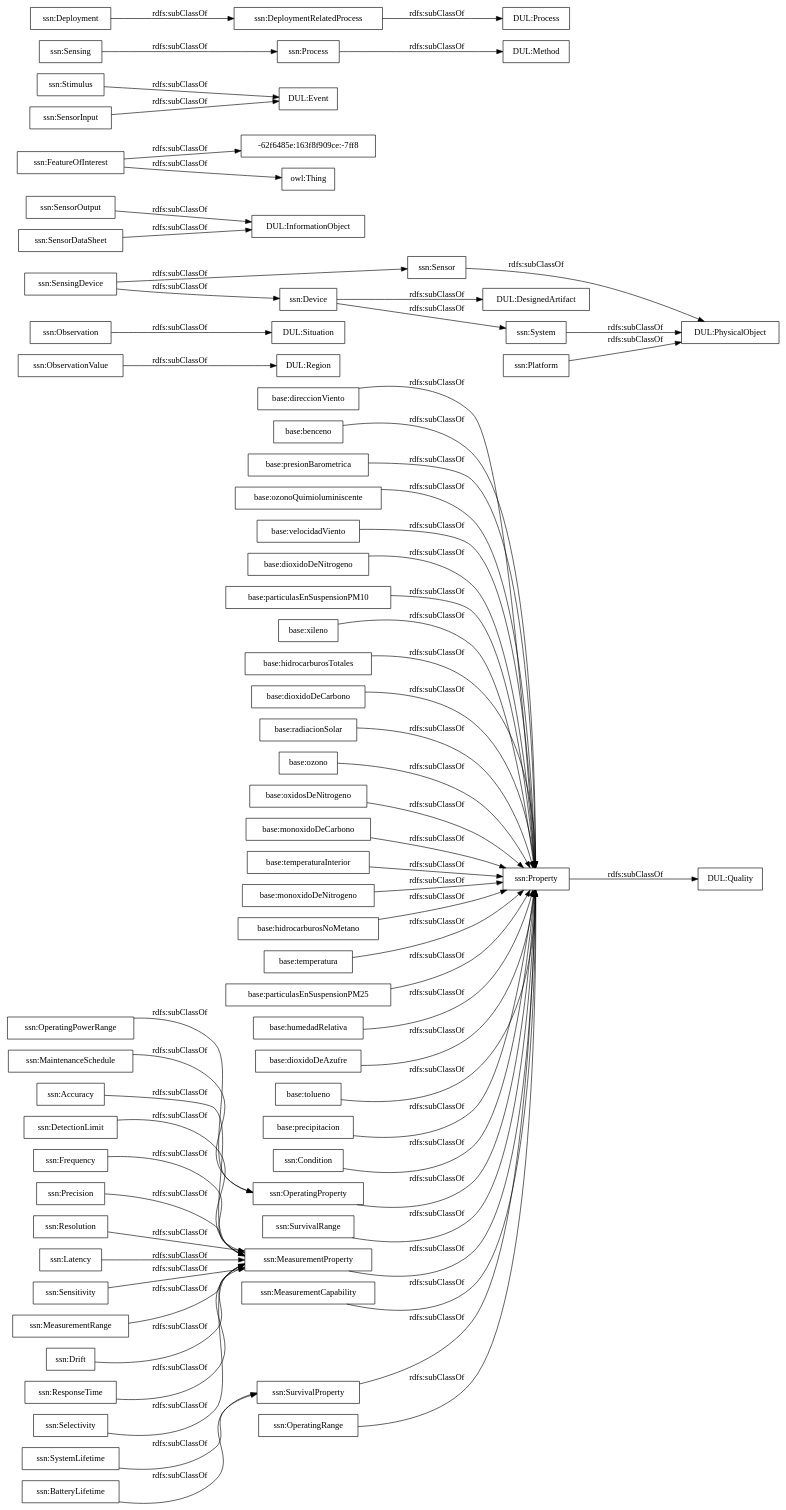
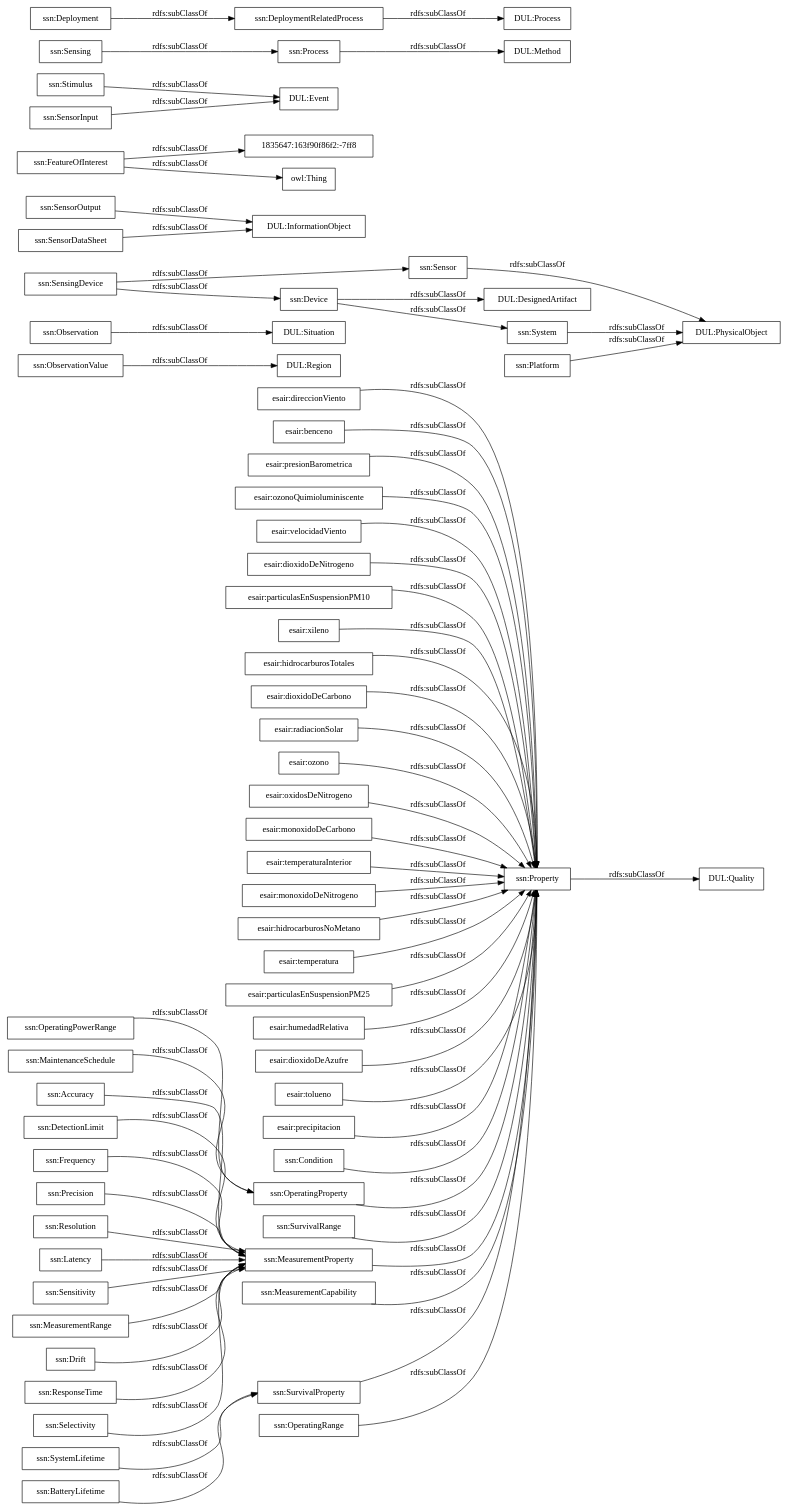
Before and after one commit to ma-garcia/medio-ambiente-calidad-aire: the diagram in OnToology/calidad-aire.owl/diagrams/ar2dtool-taxonomy/calidad-aire.owl.png.dot, drawn with Graphviz. The commit also changed 5 other files, not shown here.

```diff
--- a/OnToology/calidad-aire.owl/diagrams/ar2dtool-taxonomy/calidad-aire.owl.png.dot
+++ b/OnToology/calidad-aire.owl/diagrams/ar2dtool-taxonomy/calidad-aire.owl.png.dot
@@ -1,71 +1,71 @@
 digraph ar2dtool_diagram { 
 rankdir=LR;
 size="1000"
-node [shape = rectangle, color="black"]; "base:direccionViento" "base:benceno" "base:presionBarometrica" "base:ozonoQuimioluminiscente" "base:velocidadViento" "base:dioxidoDeNitrogeno" "base:particulasEnSuspensionPM10" "base:xileno" "base:hidrocarburosTotales" "base:dioxidoDeCarbono" "base:radiacionSolar" "base:ozono" "base:oxidosDeNitrogeno" "base:monoxidoDeCarbono" "base:temperaturaInterior" "base:monoxidoDeNitrogeno" "base:hidrocarburosNoMetano" "base:temperatura" "base:particulasEnSuspensionPM25" "base:humedadRelativa" "base:dioxidoDeAzufre" "base:tolueno" "base:precipitacion" "ssn:Accuracy" "ssn:DetectionLimit" "ssn:Frequency" "ssn:Condition" "DUL:Region" "DUL:Situation" "DUL:PhysicalObject" "ssn:SensorOutput" "ssn:Precision" "ssn:Resolution" "DUL:Quality" "ssn:FeatureOfInterest" "ssn:Sensor" "DUL:InformationObject" "ssn:OperatingProperty" "DUL:Event" "ssn:OperatingPowerRange" "DUL:Method" "-62f6485e:163f8f909ce:-7ff8" "ssn:MaintenanceSchedule" "ssn:Sensing" "ssn:Latency" "ssn:SurvivalRange" "ssn:SensingDevice" "DUL:DesignedArtifact" "ssn:Sensitivity" "ssn:Stimulus" "DUL:Process" "ssn:MeasurementRange" "ssn:System" "ssn:SystemLifetime" "ssn:Property" "ssn:MeasurementProperty" "ssn:Process" "ssn:Deployment" "ssn:MeasurementCapability" "ssn:BatteryLifetime" "ssn:Drift" "ssn:DeploymentRelatedProcess" "ssn:SensorInput" "ssn:ResponseTime" "ssn:ObservationValue" "ssn:SensorDataSheet" "ssn:Observation" "ssn:Selectivity" "ssn:SurvivalProperty" "ssn:Device" "ssn:OperatingRange" "ssn:Platform" ; /*classes style*/
+node [shape = rectangle, color="black"]; "esair:direccionViento" "esair:benceno" "esair:presionBarometrica" "esair:ozonoQuimioluminiscente" "esair:velocidadViento" "esair:dioxidoDeNitrogeno" "esair:particulasEnSuspensionPM10" "esair:xileno" "esair:hidrocarburosTotales" "esair:dioxidoDeCarbono" "esair:radiacionSolar" "esair:ozono" "esair:oxidosDeNitrogeno" "esair:monoxidoDeCarbono" "esair:temperaturaInterior" "esair:monoxidoDeNitrogeno" "esair:hidrocarburosNoMetano" "esair:temperatura" "esair:particulasEnSuspensionPM25" "esair:humedadRelativa" "esair:dioxidoDeAzufre" "esair:tolueno" "esair:precipitacion" "ssn:Accuracy" "ssn:DetectionLimit" "ssn:Frequency" "ssn:Condition" "DUL:Region" "DUL:Situation" "DUL:PhysicalObject" "ssn:SensorOutput" "ssn:Precision" "ssn:Resolution" "DUL:Quality" "ssn:FeatureOfInterest" "ssn:Sensor" "DUL:InformationObject" "ssn:OperatingProperty" "DUL:Event" "ssn:OperatingPowerRange" "DUL:Method" "ssn:MaintenanceSchedule" "ssn:Sensing" "ssn:Latency" "ssn:SurvivalRange" "ssn:SensingDevice" "DUL:DesignedArtifact" "ssn:Sensitivity" "ssn:Stimulus" "1835647:163f90f86f2:-7ff8" "DUL:Process" "ssn:MeasurementRange" "ssn:System" "ssn:SystemLifetime" "ssn:Property" "ssn:MeasurementProperty" "ssn:Process" "ssn:Deployment" "ssn:MeasurementCapability" "ssn:BatteryLifetime" "ssn:Drift" "ssn:DeploymentRelatedProcess" "ssn:SensorInput" "ssn:ResponseTime" "ssn:ObservationValue" "ssn:SensorDataSheet" "ssn:Observation" "ssn:Selectivity" "ssn:SurvivalProperty" "ssn:Device" "ssn:OperatingRange" "ssn:Platform" ; /*classes style*/
 	"ssn:Deployment" -> "ssn:DeploymentRelatedProcess" [ label = "rdfs:subClassOf" ];
-	"base:temperatura" -> "ssn:Property" [ label = "rdfs:subClassOf" ];
+	"esair:temperatura" -> "ssn:Property" [ label = "rdfs:subClassOf" ];
 	"ssn:SensingDevice" -> "ssn:Sensor" [ label = "rdfs:subClassOf" ];
 	"ssn:SensingDevice" -> "ssn:Device" [ label = "rdfs:subClassOf" ];
 	"ssn:DeploymentRelatedProcess" -> "DUL:Process" [ label = "rdfs:subClassOf" ];
 	"ssn:Accuracy" -> "ssn:MeasurementProperty" [ label = "rdfs:subClassOf" ];
-	"base:particulasEnSuspensionPM10" -> "ssn:Property" [ label = "rdfs:subClassOf" ];
+	"esair:particulasEnSuspensionPM10" -> "ssn:Property" [ label = "rdfs:subClassOf" ];
 	"ssn:FeatureOfInterest" -> "owl:Thing" [ label = "rdfs:subClassOf" ];
-	"ssn:FeatureOfInterest" -> "-62f6485e:163f8f909ce:-7ff8" [ label = "rdfs:subClassOf" ];
+	"ssn:FeatureOfInterest" -> "1835647:163f90f86f2:-7ff8" [ label = "rdfs:subClassOf" ];
 	"ssn:Latency" -> "ssn:MeasurementProperty" [ label = "rdfs:subClassOf" ];
-	"base:monoxidoDeCarbono" -> "ssn:Property" [ label = "rdfs:subClassOf" ];
-	"base:benceno" -> "ssn:Property" [ label = "rdfs:subClassOf" ];
-	"base:xileno" -> "ssn:Property" [ label = "rdfs:subClassOf" ];
+	"esair:monoxidoDeCarbono" -> "ssn:Property" [ label = "rdfs:subClassOf" ];
+	"esair:benceno" -> "ssn:Property" [ label = "rdfs:subClassOf" ];
+	"esair:xileno" -> "ssn:Property" [ label = "rdfs:subClassOf" ];
 	"ssn:Process" -> "DUL:Method" [ label = "rdfs:subClassOf" ];
-	"base:presionBarometrica" -> "ssn:Property" [ label = "rdfs:subClassOf" ];
+	"esair:presionBarometrica" -> "ssn:Property" [ label = "rdfs:subClassOf" ];
 	"ssn:Property" -> "DUL:Quality" [ label = "rdfs:subClassOf" ];
 	"ssn:MeasurementProperty" -> "ssn:Property" [ label = "rdfs:subClassOf" ];
 	"ssn:ResponseTime" -> "ssn:MeasurementProperty" [ label = "rdfs:subClassOf" ];
-	"base:radiacionSolar" -> "ssn:Property" [ label = "rdfs:subClassOf" ];
-	"base:humedadRelativa" -> "ssn:Property" [ label = "rdfs:subClassOf" ];
+	"esair:radiacionSolar" -> "ssn:Property" [ label = "rdfs:subClassOf" ];
+	"esair:humedadRelativa" -> "ssn:Property" [ label = "rdfs:subClassOf" ];
 	"ssn:OperatingRange" -> "ssn:Property" [ label = "rdfs:subClassOf" ];
 	"ssn:Stimulus" -> "DUL:Event" [ label = "rdfs:subClassOf" ];
 	"ssn:MeasurementRange" -> "ssn:MeasurementProperty" [ label = "rdfs:subClassOf" ];
-	"base:ozonoQuimioluminiscente" -> "ssn:Property" [ label = "rdfs:subClassOf" ];
-	"base:ozono" -> "ssn:Property" [ label = "rdfs:subClassOf" ];
-	"base:hidrocarburosTotales" -> "ssn:Property" [ label = "rdfs:subClassOf" ];
+	"esair:ozonoQuimioluminiscente" -> "ssn:Property" [ label = "rdfs:subClassOf" ];
+	"esair:ozono" -> "ssn:Property" [ label = "rdfs:subClassOf" ];
+	"esair:hidrocarburosTotales" -> "ssn:Property" [ label = "rdfs:subClassOf" ];
 	"ssn:SurvivalProperty" -> "ssn:Property" [ label = "rdfs:subClassOf" ];
 	"ssn:MaintenanceSchedule" -> "ssn:OperatingProperty" [ label = "rdfs:subClassOf" ];
-	"base:dioxidoDeNitrogeno" -> "ssn:Property" [ label = "rdfs:subClassOf" ];
-	"base:monoxidoDeNitrogeno" -> "ssn:Property" [ label = "rdfs:subClassOf" ];
+	"esair:dioxidoDeNitrogeno" -> "ssn:Property" [ label = "rdfs:subClassOf" ];
+	"esair:monoxidoDeNitrogeno" -> "ssn:Property" [ label = "rdfs:subClassOf" ];
 	"ssn:SensorInput" -> "DUL:Event" [ label = "rdfs:subClassOf" ];
-	"base:hidrocarburosNoMetano" -> "ssn:Property" [ label = "rdfs:subClassOf" ];
-	"base:precipitacion" -> "ssn:Property" [ label = "rdfs:subClassOf" ];
+	"esair:hidrocarburosNoMetano" -> "ssn:Property" [ label = "rdfs:subClassOf" ];
+	"esair:precipitacion" -> "ssn:Property" [ label = "rdfs:subClassOf" ];
 	"ssn:Sensitivity" -> "ssn:MeasurementProperty" [ label = "rdfs:subClassOf" ];
 	"ssn:Drift" -> "ssn:MeasurementProperty" [ label = "rdfs:subClassOf" ];
 	"ssn:System" -> "DUL:PhysicalObject" [ label = "rdfs:subClassOf" ];
-	"base:dioxidoDeAzufre" -> "ssn:Property" [ label = "rdfs:subClassOf" ];
-	"base:oxidosDeNitrogeno" -> "ssn:Property" [ label = "rdfs:subClassOf" ];
-	"base:direccionViento" -> "ssn:Property" [ label = "rdfs:subClassOf" ];
+	"esair:dioxidoDeAzufre" -> "ssn:Property" [ label = "rdfs:subClassOf" ];
+	"esair:oxidosDeNitrogeno" -> "ssn:Property" [ label = "rdfs:subClassOf" ];
+	"esair:direccionViento" -> "ssn:Property" [ label = "rdfs:subClassOf" ];
 	"ssn:Resolution" -> "ssn:MeasurementProperty" [ label = "rdfs:subClassOf" ];
 	"ssn:Precision" -> "ssn:MeasurementProperty" [ label = "rdfs:subClassOf" ];
 	"ssn:DetectionLimit" -> "ssn:MeasurementProperty" [ label = "rdfs:subClassOf" ];
-	"base:particulasEnSuspensionPM25" -> "ssn:Property" [ label = "rdfs:subClassOf" ];
+	"esair:particulasEnSuspensionPM25" -> "ssn:Property" [ label = "rdfs:subClassOf" ];
 	"ssn:Sensor" -> "DUL:PhysicalObject" [ label = "rdfs:subClassOf" ];
-	"base:tolueno" -> "ssn:Property" [ label = "rdfs:subClassOf" ];
-	"base:dioxidoDeCarbono" -> "ssn:Property" [ label = "rdfs:subClassOf" ];
+	"esair:tolueno" -> "ssn:Property" [ label = "rdfs:subClassOf" ];
+	"esair:dioxidoDeCarbono" -> "ssn:Property" [ label = "rdfs:subClassOf" ];
 	"ssn:SensorDataSheet" -> "DUL:InformationObject" [ label = "rdfs:subClassOf" ];
 	"ssn:OperatingPowerRange" -> "ssn:OperatingProperty" [ label = "rdfs:subClassOf" ];
-	"base:velocidadViento" -> "ssn:Property" [ label = "rdfs:subClassOf" ];
+	"esair:velocidadViento" -> "ssn:Property" [ label = "rdfs:subClassOf" ];
 	"ssn:ObservationValue" -> "DUL:Region" [ label = "rdfs:subClassOf" ];
 	"ssn:Device" -> "DUL:DesignedArtifact" [ label = "rdfs:subClassOf" ];
 	"ssn:Device" -> "ssn:System" [ label = "rdfs:subClassOf" ];
-	"base:temperaturaInterior" -> "ssn:Property" [ label = "rdfs:subClassOf" ];
+	"esair:temperaturaInterior" -> "ssn:Property" [ label = "rdfs:subClassOf" ];
 	"ssn:Platform" -> "DUL:PhysicalObject" [ label = "rdfs:subClassOf" ];
 	"ssn:OperatingProperty" -> "ssn:Property" [ label = "rdfs:subClassOf" ];
 	"ssn:Selectivity" -> "ssn:MeasurementProperty" [ label = "rdfs:subClassOf" ];
 	"ssn:BatteryLifetime" -> "ssn:SurvivalProperty" [ label = "rdfs:subClassOf" ];
 	"ssn:Observation" -> "DUL:Situation" [ label = "rdfs:subClassOf" ];
 	"ssn:Sensing" -> "ssn:Process" [ label = "rdfs:subClassOf" ];
 	"ssn:SystemLifetime" -> "ssn:SurvivalProperty" [ label = "rdfs:subClassOf" ];
 	"ssn:SurvivalRange" -> "ssn:Property" [ label = "rdfs:subClassOf" ];
 	"ssn:Frequency" -> "ssn:MeasurementProperty" [ label = "rdfs:subClassOf" ];
 	"ssn:SensorOutput" -> "DUL:InformationObject" [ label = "rdfs:subClassOf" ];
 	"ssn:Condition" -> "ssn:Property" [ label = "rdfs:subClassOf" ];
 	"ssn:MeasurementCapability" -> "ssn:Property" [ label = "rdfs:subClassOf" ];
 
 }
```
